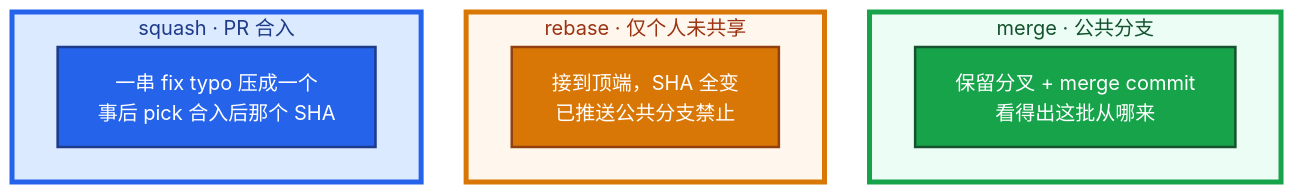
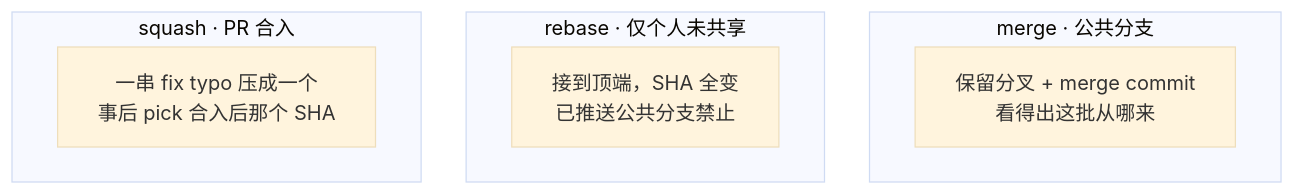
One commit to ml-cuizijun/LearnToLilith changed the third of 7 diagrams in 04-工程化与自动化/01-Git工作流/知识点.md. Above: the diagram before and after it, drawn with Mermaid. The commit also changed other lines of this file and 470 other files, not shown here.

````diff
--- a/04-工程化与自动化/01-Git工作流/知识点.md
+++ b/04-工程化与自动化/01-Git工作流/知识点.md
@@ -140,24 +132,18 @@
 ```mermaid
 %%{init: {"flowchart": {"padding": 16, "nodeSpacing": 36, "rankSpacing": 48}, "theme": "base"}}%%
 flowchart TB
     subgraph mg ["merge · 公共分支"]
         m1["保留分叉 + merge commit<br/>看得出这批从哪来"]
     end
     subgraph rb ["rebase · 仅个人未共享"]
         r1["接到顶端，SHA 全变<br/>已推送公共分支禁止"]
     end
     subgraph sq ["squash · PR 合入"]
         s1["一串 fix typo 压成一个<br/>事后 pick 合入后那个 SHA"]
     end
 
-    classDef ok fill:#16A34A,stroke:#14532D,stroke-width:2px,color:#fff
-    classDef bad fill:#D97706,stroke:#92400E,stroke-width:2px,color:#fff
-    classDef info fill:#2563EB,stroke:#1E3A8A,stroke-width:2px,color:#fff
     class m1 ok
     class r1 bad
     class s1 info
 
-    style mg fill:#ECFDF5,stroke:#16A34A,stroke-width:4px,color:#14532D
-    style rb fill:#FFF7ED,stroke:#D97706,stroke-width:4px,color:#9A3412
-    style sq fill:#DBEAFE,stroke:#2563EB,stroke-width:4px,color:#1E3A8A
 ```
````
